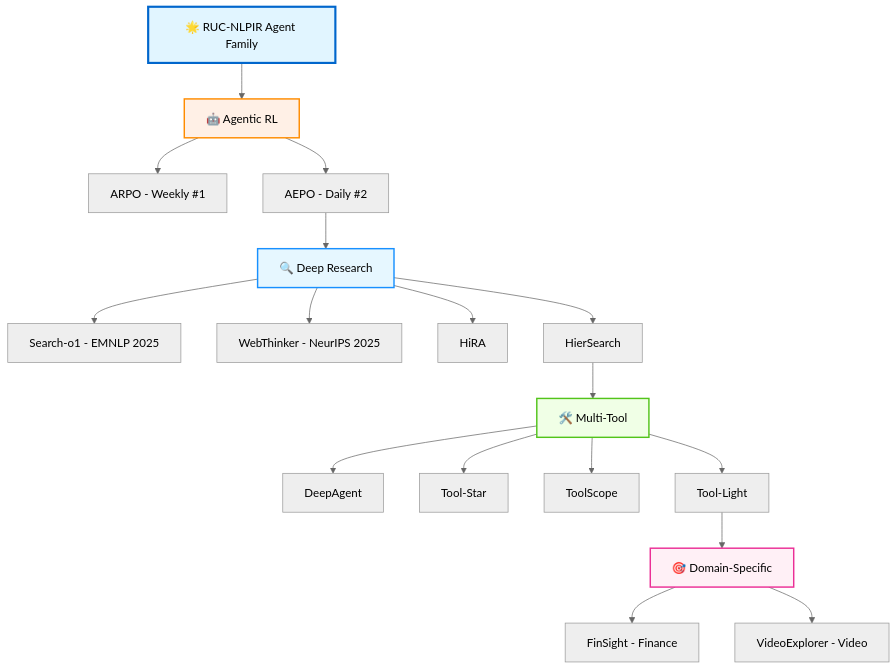
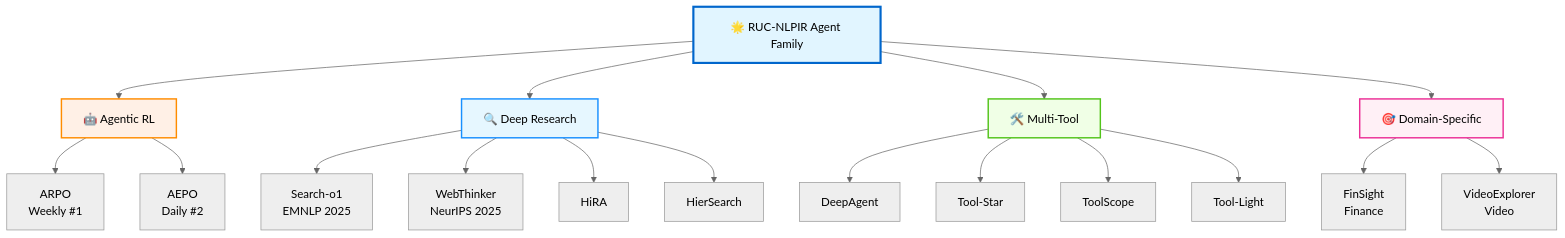
The diagram in README.md (RUC-NLPIR/AgentFamily), drawn with Mermaid (neutral theme) before and after one commit. The commit also changed other lines of this file, not shown here.

````diff
--- a/README.md
+++ b/README.md
@@ -313,30 +314,29 @@
 ```mermaid
-flowchart TD
-    A[🌟 RUC-NLPIR Agent Family]
+graph TB
+    A[🌟 RUC-NLPIR Agent Family] --> B[🤖 Agentic RL]
+    A --> C[🔍 Deep Research]
+    A --> D[🛠️ Multi-Tool]
+    A --> E[🎯 Domain-Specific]
     
-    A --> B[🤖 Agentic RL]
-    B --> B1[ARPO - Weekly #1]
-    B --> B2[AEPO - Daily #2]
+    B --> B1[ARPO<br/>Weekly #1]
+    B --> B2[AEPO<br/>Daily #2]
     
-    B2 --> C[🔍 Deep Research]
-    C --> C1[Search-o1 - EMNLP 2025]
-    C --> C2[WebThinker - NeurIPS 2025]
+    C --> C1[Search-o1<br/>EMNLP 2025]
+    C --> C2[WebThinker<br/>NeurIPS 2025]
     C --> C3[HiRA]
     C --> C4[HierSearch]
     
-    C4 --> D[🛠️ Multi-Tool]
     D --> D1[DeepAgent]
     D --> D2[Tool-Star]
     D --> D3[ToolScope]
     D --> D4[Tool-Light]
     
-    D4 --> E[🎯 Domain-Specific]
-    E --> E1[FinSight - Finance]
-    E --> E2[VideoExplorer - Video]
+    E --> E1[FinSight<br/>Finance]
+    E --> E2[VideoExplorer<br/>Video]
     
     style A fill:#e1f5ff,stroke:#0066cc,stroke-width:3px
     style B fill:#fff0e6,stroke:#ff8c00,stroke-width:2px
     style C fill:#e6f7ff,stroke:#1890ff,stroke-width:2px
     style D fill:#f0ffe6,stroke:#52c41a,stroke-width:2px
     style E fill:#fff0f6,stroke:#eb2f96,stroke-width:2px
 ```
````
